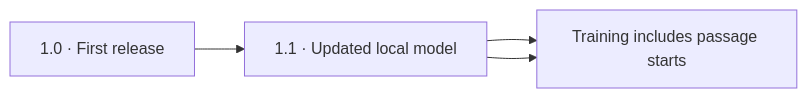
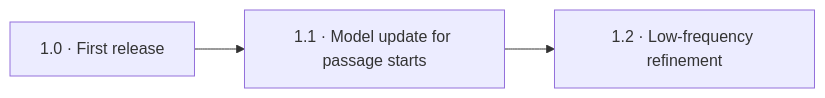
The diagram in README.md (coopermone/artifact-sweep), drawn with Mermaid before and after one commit.

Commit message:
Fix the Artifact Sweep 1.2 version diagram

````diff
--- a/README.md
+++ b/README.md
@@ -74,5 +74,4 @@
 ```mermaid
 flowchart LR
-    A["1.0 · First release"] --> B["1.1 · Updated local model"] --> C["1.2 · Low-frequency refinement"]
-    B --> C["Training includes passage starts"]
+    V10["1.0 · First release"] --> V11["1.1 · Model update for passage starts"] --> V12["1.2 · Low-frequency refinement"]
 ```
````
